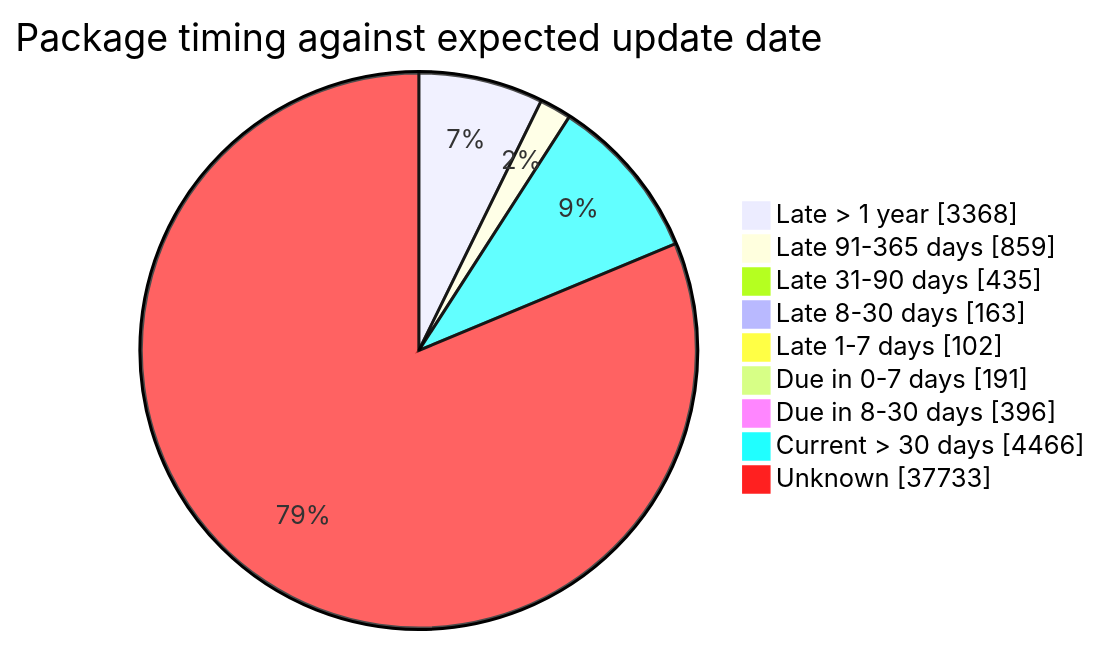
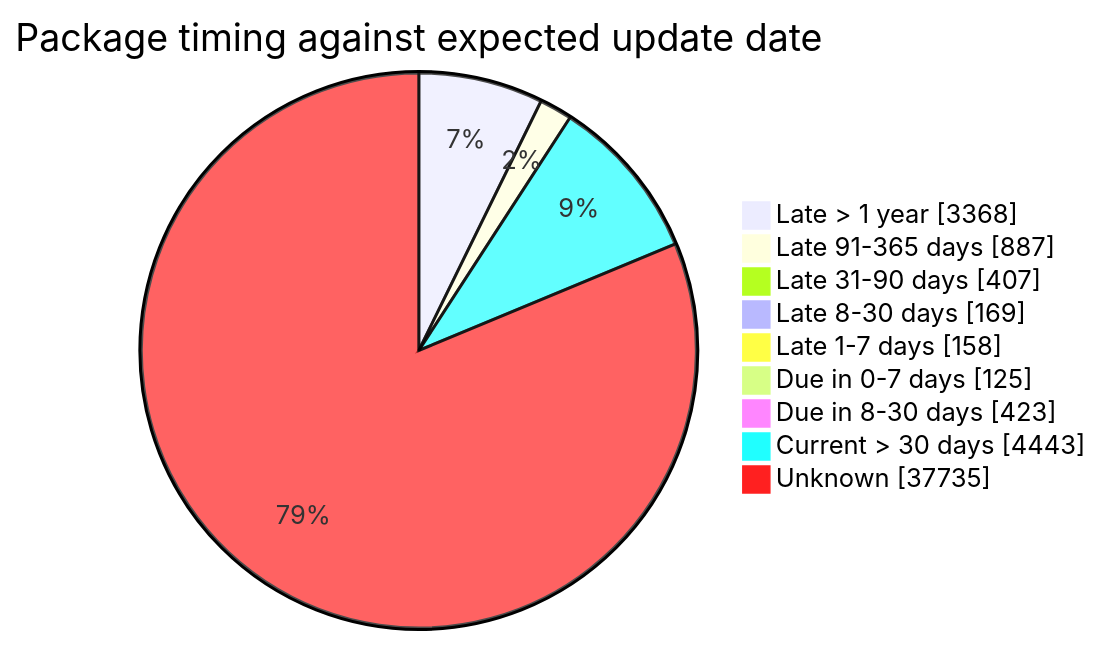
Before and after one commit to open-data/analytics-corporate-reporting: the fourth of 5 diagrams in FreshCheck/README.md, drawn with Mermaid. The commit also changed other lines of this file and 3 other files, not shown here.

````diff
--- a/FreshCheck/README.md
+++ b/FreshCheck/README.md
@@ -86,12 +86,12 @@
 ```mermaid
 pie showData title Package timing against expected update date
     "Late > 1 year": 3368
-    "Late 91-365 days": 859
-    "Late 31-90 days": 435
-    "Late 8-30 days": 163
-    "Late 1-7 days": 102
-    "Due in 0-7 days": 191
-    "Due in 8-30 days": 396
-    "Current > 30 days": 4466
-    "Unknown": 37733
+    "Late 91-365 days": 887
+    "Late 31-90 days": 407
+    "Late 8-30 days": 169
+    "Late 1-7 days": 158
+    "Due in 0-7 days": 125
+    "Due in 8-30 days": 423
+    "Current > 30 days": 4443
+    "Unknown": 37735
 ```
````
